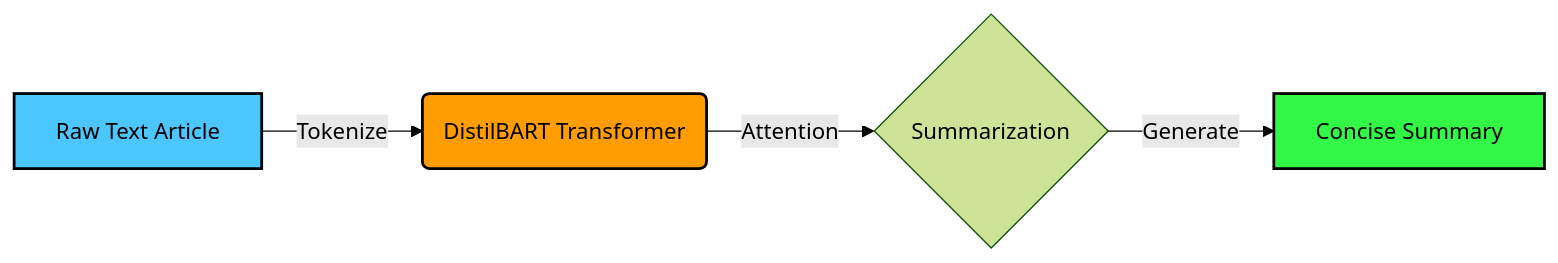
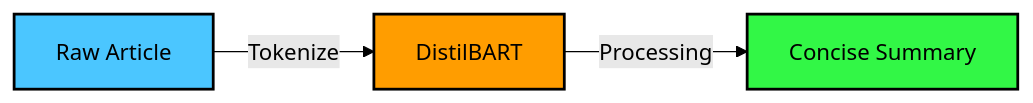
Before and after one commit to GOPID1603/CODTECH: the diagram in README.md, drawn with Mermaid (forest theme). The commit also changed other lines of this file, not shown here.

````diff
--- a/README.md
+++ b/README.md
@@ -61,9 +61,7 @@
 ```mermaid
 graph LR
-    A[Raw Text Article] -->|Tokenize| B(DistilBART Transformer)
-    B -->|Attention| C{Summarization}
-    C -->|Generate| D[Concise Summary]
+    A[Raw Article] -->|Tokenize| B[DistilBART] -->|Processing| C[Concise Summary]
     style A fill:#4bc6ff,stroke:#000,stroke-width:2px,color:#000
     style B fill:#ff9d00,stroke:#000,stroke-width:2px,color:#000
-    style D fill:#32f746,stroke:#000,stroke-width:2px,color:#000
+    style C fill:#32f746,stroke:#000,stroke-width:2px,color:#000
 ```
````
